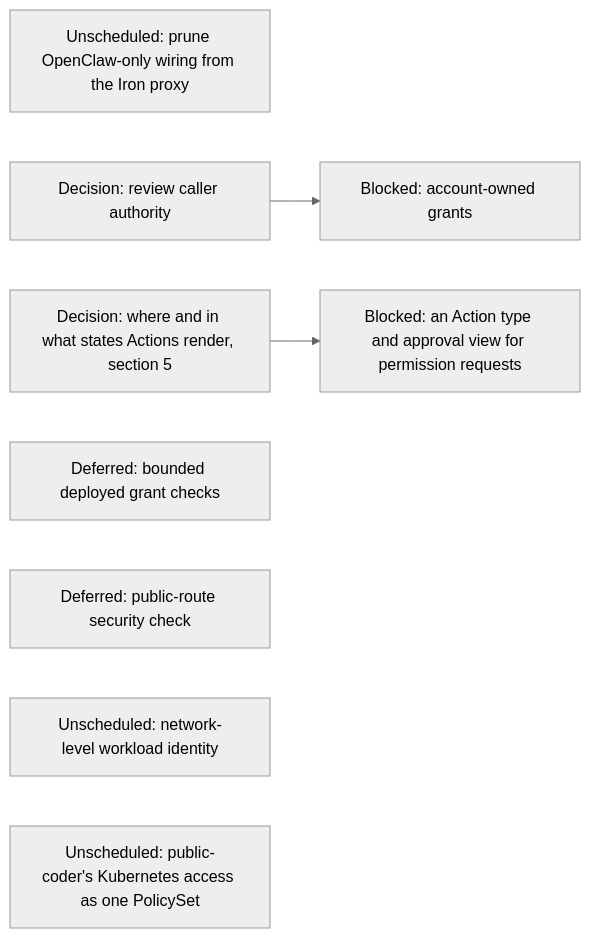
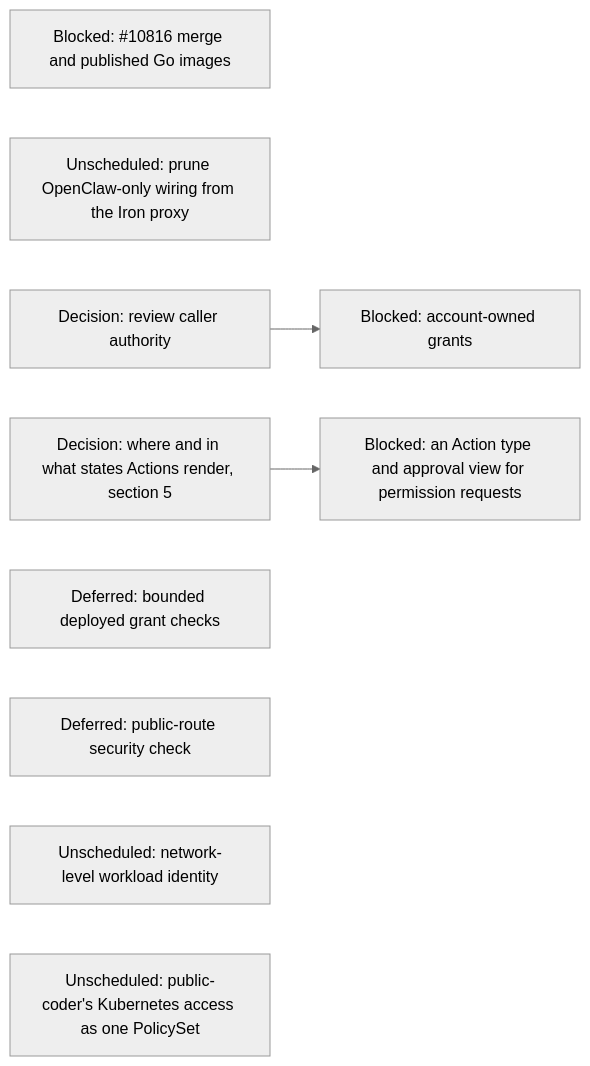
The ninth of 16 diagrams in agentplane/plans/task_dag.md (agentydragon-agent/ducktape), drawn with Mermaid (neutral theme) before and after one commit. The commit also changed other lines of this file and 136 other files, not shown here.

````diff
--- a/agentplane/plans/task_dag.md
+++ b/agentplane/plans/task_dag.md
@@ -1098,12 +1117,13 @@
 ```mermaid
 flowchart LR
+    EGRESS_GO_CUTOVER[Blocked: #10816 merge and published Go images]
     PC_EGRESS[Unscheduled: prune OpenClaw-only wiring from the Iron proxy]
     CLAUDE_AI_SA[Decision: review caller authority] --> MANAGED_SA_RBAC[Blocked: account-owned grants]
     AGENT_PERMISSION_REQUESTS[Blocked: an Action type and approval view for permission requests]
     ACTION_SURFACES_DESIGN[Decision: where and in what states Actions render, section 5]
     ACTION_SURFACES_DESIGN --> AGENT_PERMISSION_REQUESTS
     SANDBOX_RBAC[Deferred: bounded deployed grant checks]
     NOTIFICATION_INGRESS_BOUNDARY[Deferred: public-route security check]
     NETWORK_WORKLOAD_IDENTITY[Unscheduled: network-level workload identity]
     PC_KUBERNETES_POLICY_SET[Unscheduled: public-coder's Kubernetes access as one PolicySet]
 ```
````
